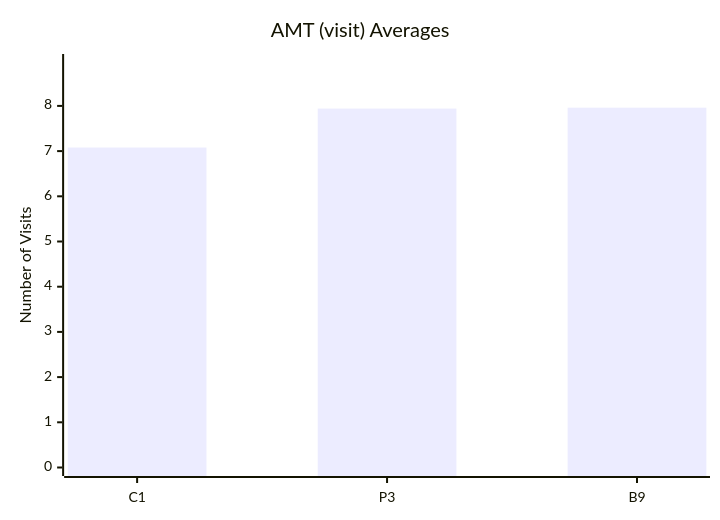
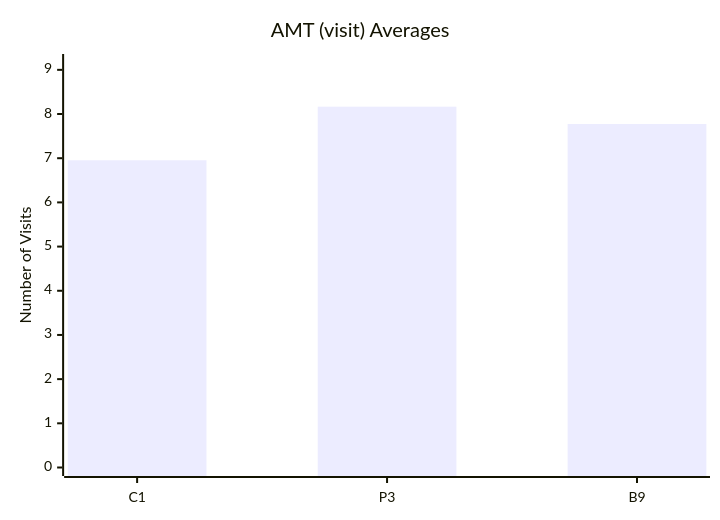
The tenth of 10 diagrams in test-tools/DataGen/src/Statistics_Visualizer.md (dhagan-va/intern-2025), drawn with Mermaid before and after one commit. The commit also changed other lines of this file and 2 other files, not shown here.

````diff
--- a/test-tools/DataGen/src/Statistics_Visualizer.md
+++ b/test-tools/DataGen/src/Statistics_Visualizer.md
@@ -106,7 +106,7 @@
 ```mermaid
 xychart-beta
     title "AMT (visit) Averages"
     x-axis ["C1", "P3", "B9"]
-    y-axis "Number of Visits" 0 --> 8.96039603960396
-    bar [7.079207920792079, 7.9405940594059405, 7.96039603960396]
+    y-axis "Number of Visits" 0 --> 9.16611295681063
+    bar [6.953488372093023, 8.16611295681063, 7.774086378737541]
 ```
````
